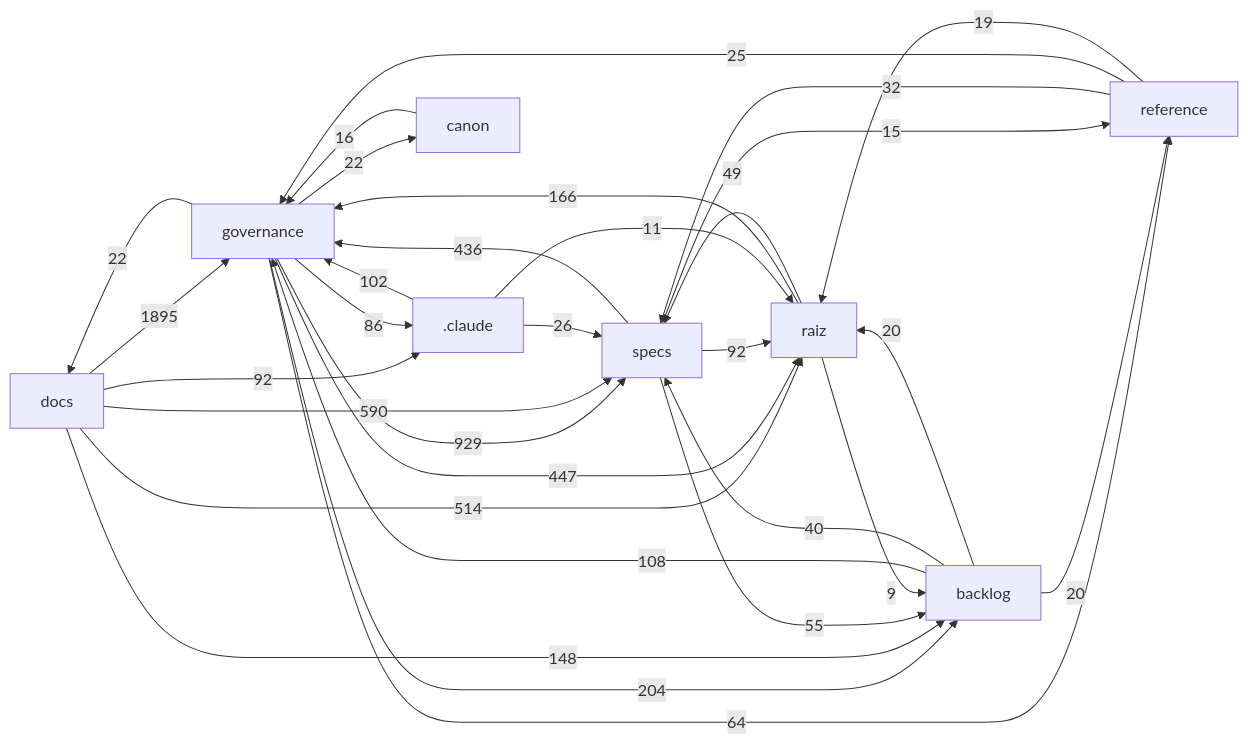
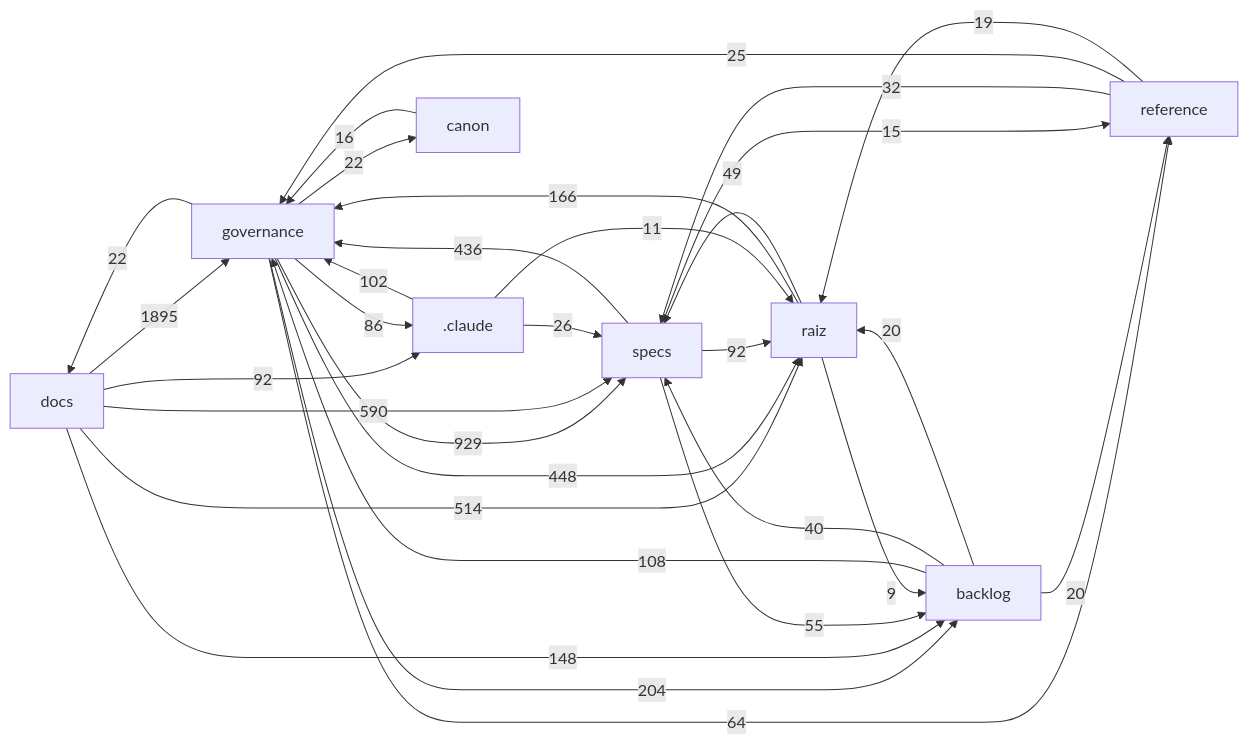
Before and after one commit to Andraus35/Sistema-Operacional-de-Trading--SOT: the diagram in docs/mapa/MAPA-PROJETO.md, drawn with Mermaid. The commit also changed other lines of this file and 1 other file, not shown here.

````diff
--- a/docs/mapa/MAPA-PROJETO.md
+++ b/docs/mapa/MAPA-PROJETO.md
@@ -29,33 +29,33 @@
 ```mermaid
 flowchart LR
   docs["docs"] -->|1895| governance["governance"]
   governance["governance"] -->|929| specs["specs"]
   docs["docs"] -->|590| specs["specs"]
   docs["docs"] -->|514| raiz["raiz"]
-  governance["governance"] -->|447| raiz["raiz"]
+  governance["governance"] -->|448| raiz["raiz"]
   specs["specs"] -->|436| governance["governance"]
   governance["governance"] -->|204| backlog["backlog"]
   raiz["raiz"] -->|166| governance["governance"]
   docs["docs"] -->|148| backlog["backlog"]
   backlog["backlog"] -->|108| governance["governance"]
   _claude[".claude"] -->|102| governance["governance"]
   docs["docs"] -->|92| _claude[".claude"]
   specs["specs"] -->|92| raiz["raiz"]
   governance["governance"] -->|86| _claude[".claude"]
   governance["governance"] -->|64| reference["reference"]
   specs["specs"] -->|55| backlog["backlog"]
   raiz["raiz"] -->|49| specs["specs"]
   backlog["backlog"] -->|40| specs["specs"]
   reference["reference"] -->|32| specs["specs"]
   _claude[".claude"] -->|26| specs["specs"]
   reference["reference"] -->|25| governance["governance"]
   governance["governance"] -->|22| docs["docs"]
   governance["governance"] -->|22| canon["canon"]
   backlog["backlog"] -->|20| raiz["raiz"]
   backlog["backlog"] -->|20| reference["reference"]
   reference["reference"] -->|19| raiz["raiz"]
   canon["canon"] -->|16| governance["governance"]
   specs["specs"] -->|15| reference["reference"]
   _claude[".claude"] -->|11| raiz["raiz"]
   raiz["raiz"] -->|9| backlog["backlog"]
 ```
````
